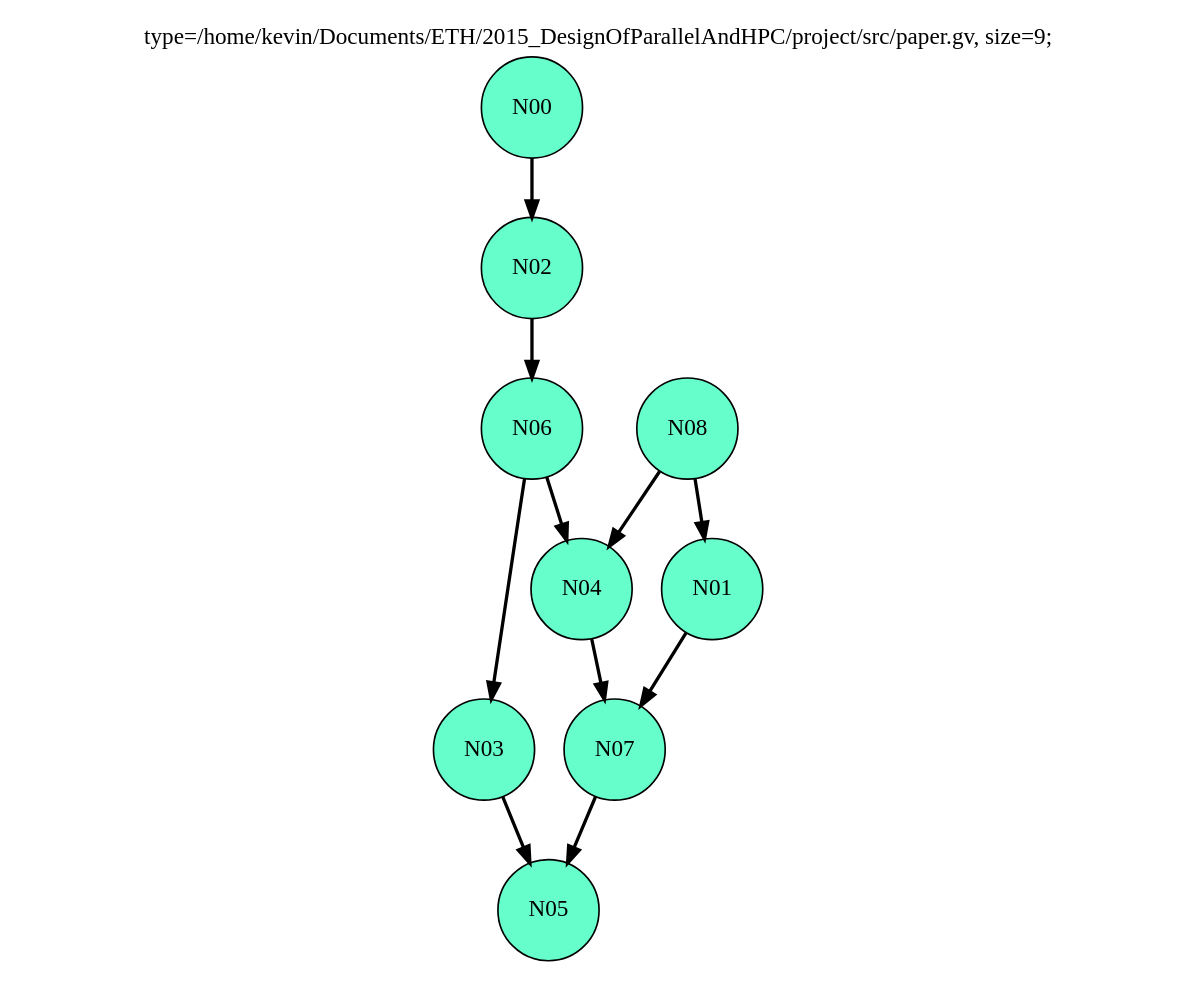
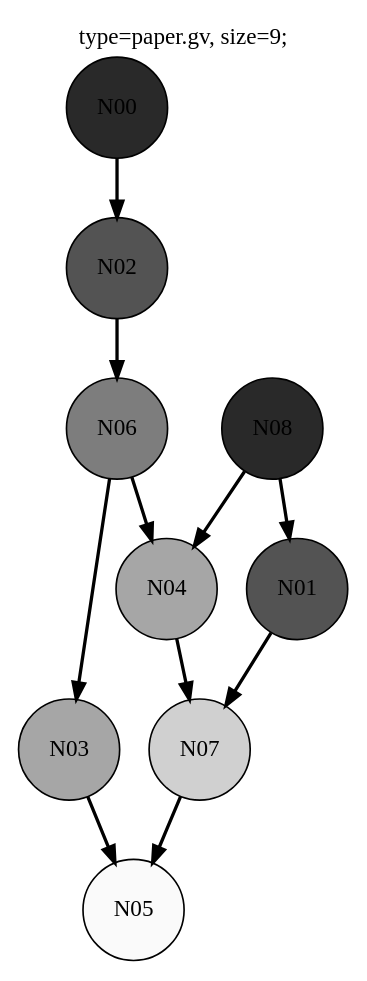
One commit to mattuntergassmair/DHPC_TopoSort changed the diagram in src/graph_output/paper.gv. Above: the diagram before and after it, drawn with Graphviz. The commit also changed 8 other files, not shown here.

```diff
--- a/src/graph_output/paper.gv
+++ b/src/graph_output/paper.gv
@@ -1,31 +1,31 @@
-# Visualization of Graph /home/kevin/Documents/ETH/2015_DesignOfParallelAndHPC/project/src/paper.gv, size=9
+# Visualization of Graph ./graph_output/paper.gv, size=9
 
 digraph g {
 
 	#TITLE
 	labelloc="t";
-	label="type=/home/kevin/Documents/ETH/2015_DesignOfParallelAndHPC/project/src/paper.gv, size=9;"
+	label="type=paper.gv, size=9;"
 
 	# NODES
-	N00 [ color="#000000", fillcolor="#66ffcc", shape="circle", style="filled,solid" ];
-	N01 [ color="#000000", fillcolor="#66ffcc", shape="circle", style="filled,solid" ];
-	N02 [ color="#000000", fillcolor="#66ffcc", shape="circle", style="filled,solid" ];
-	N03 [ color="#000000", fillcolor="#66ffcc", shape="circle", style="filled,solid" ];
-	N04 [ color="#000000", fillcolor="#66ffcc", shape="circle", style="filled,solid" ];
-	N05 [ color="#000000", fillcolor="#66ffcc", shape="circle", style="filled,solid" ];
-	N06 [ color="#000000", fillcolor="#66ffcc", shape="circle", style="filled,solid" ];
-	N07 [ color="#000000", fillcolor="#66ffcc", shape="circle", style="filled,solid" ];
-	N08 [ color="#000000", fillcolor="#66ffcc", shape="circle", style="filled,solid" ];
+	N00 [ color="#000000", fillcolor="#292929", shape="circle", style="filled,solid" ];
+	N01 [ color="#000000", fillcolor="#535353", shape="circle", style="filled,solid" ];
+	N02 [ color="#000000", fillcolor="#535353", shape="circle", style="filled,solid" ];
+	N03 [ color="#000000", fillcolor="#a6a6a6", shape="circle", style="filled,solid" ];
+	N04 [ color="#000000", fillcolor="#a6a6a6", shape="circle", style="filled,solid" ];
+	N05 [ color="#000000", fillcolor="#fafafa", shape="circle", style="filled,solid" ];
+	N06 [ color="#000000", fillcolor="#7d7d7d", shape="circle", style="filled,solid" ];
+	N07 [ color="#000000", fillcolor="#d0d0d0", shape="circle", style="filled,solid" ];
+	N08 [ color="#000000", fillcolor="#292929", shape="circle", style="filled,solid" ];
 
 	# EDGES
 	N00 -> N02 [ penwidth=2, style="solid", color="#000000" ];
 	N01 -> N07 [ penwidth=2, style="solid", color="#000000" ];
 	N02 -> N06 [ penwidth=2, style="solid", color="#000000" ];
 	N03 -> N05 [ penwidth=2, style="solid", color="#000000" ];
 	N04 -> N07 [ penwidth=2, style="solid", color="#000000" ];
 	N06 -> N03 [ penwidth=2, style="solid", color="#000000" ];
 	N06 -> N04 [ penwidth=2, style="solid", color="#000000" ];
 	N07 -> N05 [ penwidth=2, style="solid", color="#000000" ];
 	N08 -> N01 [ penwidth=2, style="solid", color="#000000" ];
 	N08 -> N04 [ penwidth=2, style="solid", color="#000000" ];
 }
```
